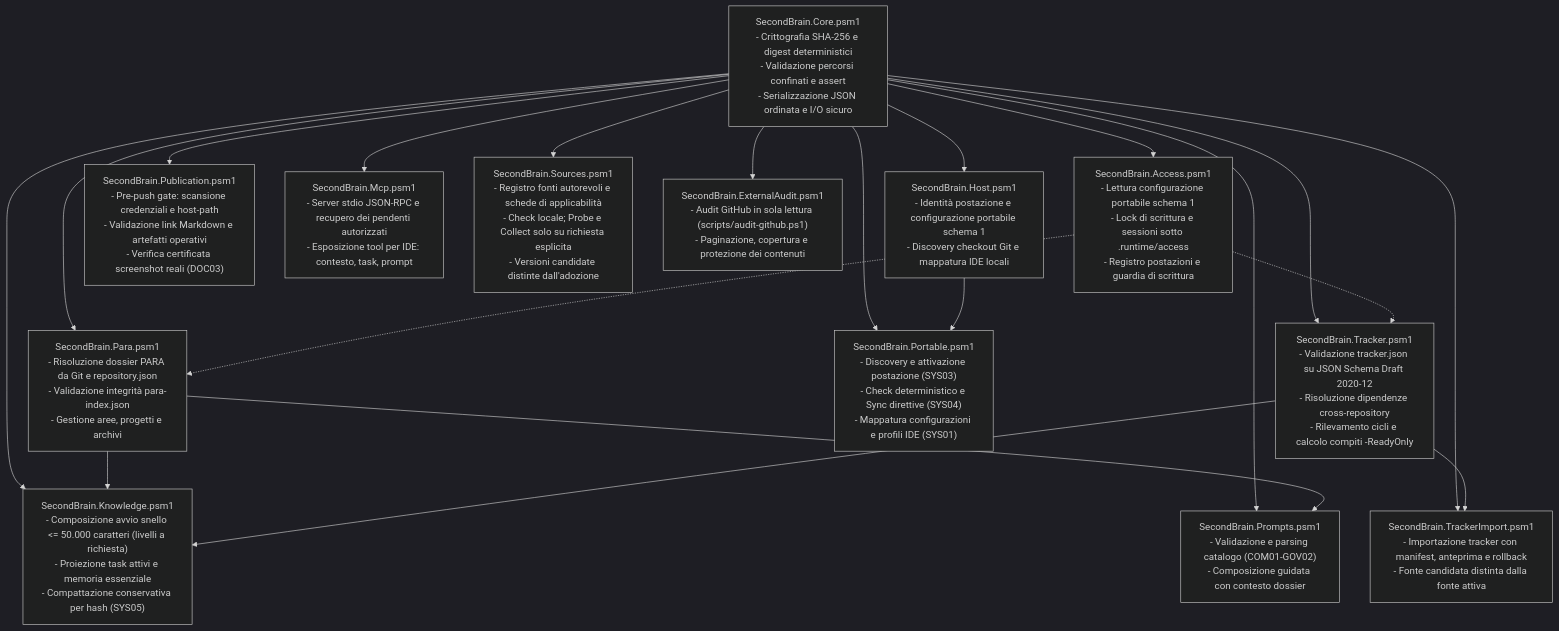
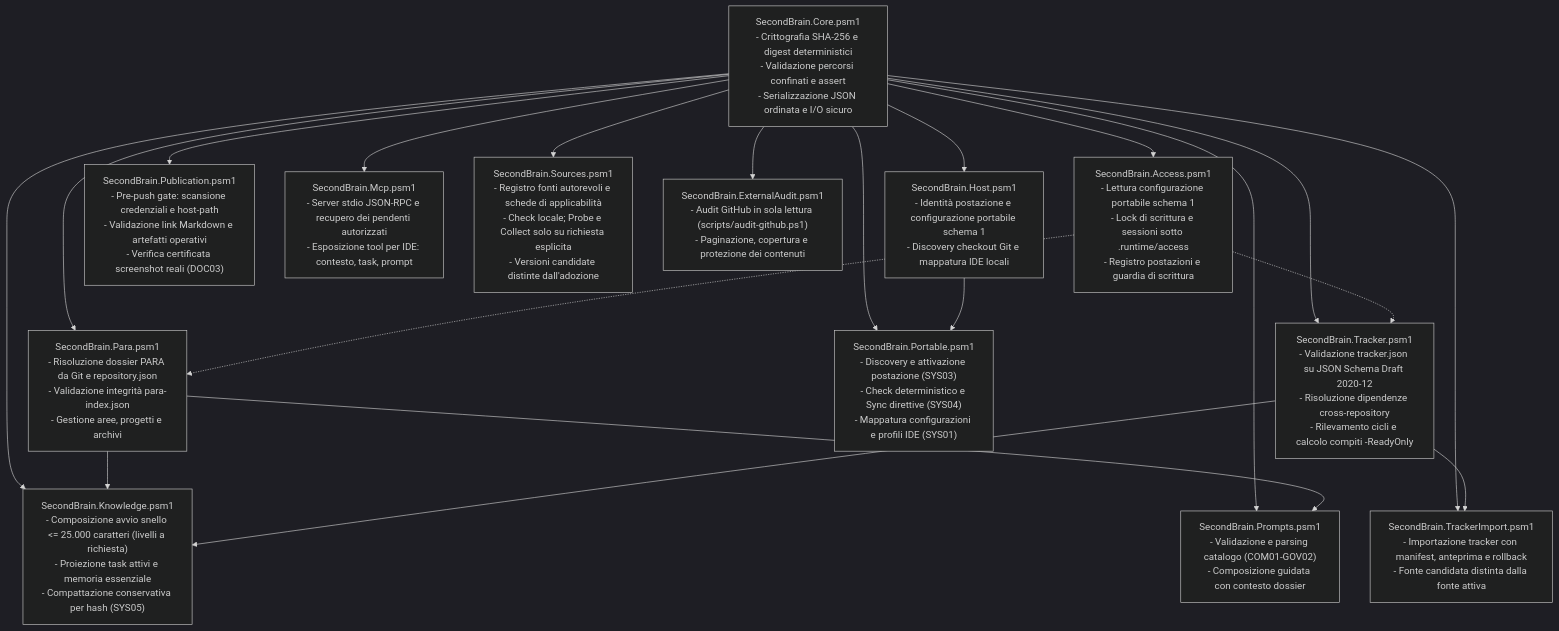
One commit to dennidalpos/secondbrain changed the second of 7 diagrams in docs/riferimento/architecture.it.md. Above: the diagram before and after it, drawn with Mermaid (dark theme). The commit also changed other lines of this file and 45 other files, not shown here.

````diff
--- a/docs/riferimento/architecture.it.md
+++ b/docs/riferimento/architecture.it.md
@@ -43,49 +43,49 @@
 ```mermaid
 flowchart TB
     CORE["SecondBrain.Core.psm1<br/>- Crittografia SHA-256 e digest deterministici<br/>- Validazione percorsi confinati e assert<br/>- Serializzazione JSON ordinata e I/O sicuro"]
 
     ACCESS["SecondBrain.Access.psm1<br/>- Lettura configurazione portabile schema 1<br/>- Lock di scrittura e sessioni sotto .runtime/access<br/>- Registro postazioni e guardia di scrittura"]
 
     HOST["SecondBrain.Host.psm1<br/>- Identità postazione e configurazione portabile schema 1<br/>- Discovery checkout Git e mappatura IDE locali"]
 
     PARA["SecondBrain.Para.psm1<br/>- Risoluzione dossier PARA da Git e repository.json<br/>- Validazione integrità para-index.json<br/>- Gestione aree, progetti e archivi"]
 
     TRACKER["SecondBrain.Tracker.psm1<br/>- Validazione tracker.json su JSON Schema Draft 2020-12<br/>- Risoluzione dipendenze cross-repository<br/>- Rilevamento cicli e calcolo compiti -ReadyOnly"]
 
-    KNOWLEDGE["SecondBrain.Knowledge.psm1<br/>- Composizione avvio snello <= 50.000 caratteri (livelli a richiesta)<br/>- Proiezione task attivi e memoria essenziale<br/>- Compattazione conservativa per hash (SYS05)"]
+    KNOWLEDGE["SecondBrain.Knowledge.psm1<br/>- Composizione avvio snello <= 25.000 caratteri (livelli a richiesta)<br/>- Proiezione task attivi e memoria essenziale<br/>- Compattazione conservativa per hash (SYS05)"]
 
     PORTABLE["SecondBrain.Portable.psm1<br/>- Discovery e attivazione postazione (SYS03)<br/>- Check deterministico e Sync direttive (SYS04)<br/>- Mappatura configurazioni e profili IDE (SYS01)"]
 
     PROMPTS["SecondBrain.Prompts.psm1<br/>- Validazione e parsing catalogo (COM01-GOV02)<br/>- Composizione guidata con contesto dossier"]
 
     PUBLICATION["SecondBrain.Publication.psm1<br/>- Pre-push gate: scansione credenziali e host-path<br/>- Validazione link Markdown e artefatti operativi<br/>- Verifica certificata screenshot reali (DOC03)"]
 
     MCP["SecondBrain.Mcp.psm1<br/>- Server stdio JSON-RPC e recupero dei pendenti autorizzati<br/>- Esposizione tool per IDE: contesto, task, prompt"]
 
     SOURCES["SecondBrain.Sources.psm1<br/>- Registro fonti autorevoli e schede di applicabilità<br/>- Check locale; Probe e Collect solo su richiesta esplicita<br/>- Versioni candidate distinte dall'adozione"]
 
     EXTAUDIT["SecondBrain.ExternalAudit.psm1<br/>- Audit GitHub in sola lettura (scripts/audit-github.ps1)<br/>- Paginazione, copertura e protezione dei contenuti"]
 
     TRACKERIMP["SecondBrain.TrackerImport.psm1<br/>- Importazione tracker con manifest, anteprima e rollback<br/>- Fonte candidata distinta dalla fonte attiva"]
 
     CORE --> ACCESS
     CORE --> HOST
     CORE --> PARA
     CORE --> TRACKER
     CORE --> KNOWLEDGE
     CORE --> PORTABLE
     CORE --> PROMPTS
     CORE --> PUBLICATION
     CORE --> MCP
     CORE --> SOURCES
     CORE --> EXTAUDIT
     CORE --> TRACKERIMP
 
     ACCESS -.-> PARA
     ACCESS -.-> TRACKER
     PARA --> KNOWLEDGE
     TRACKER --> KNOWLEDGE
     TRACKER --> TRACKERIMP
     HOST --> PORTABLE
     PARA --> PROMPTS
 ```
````
